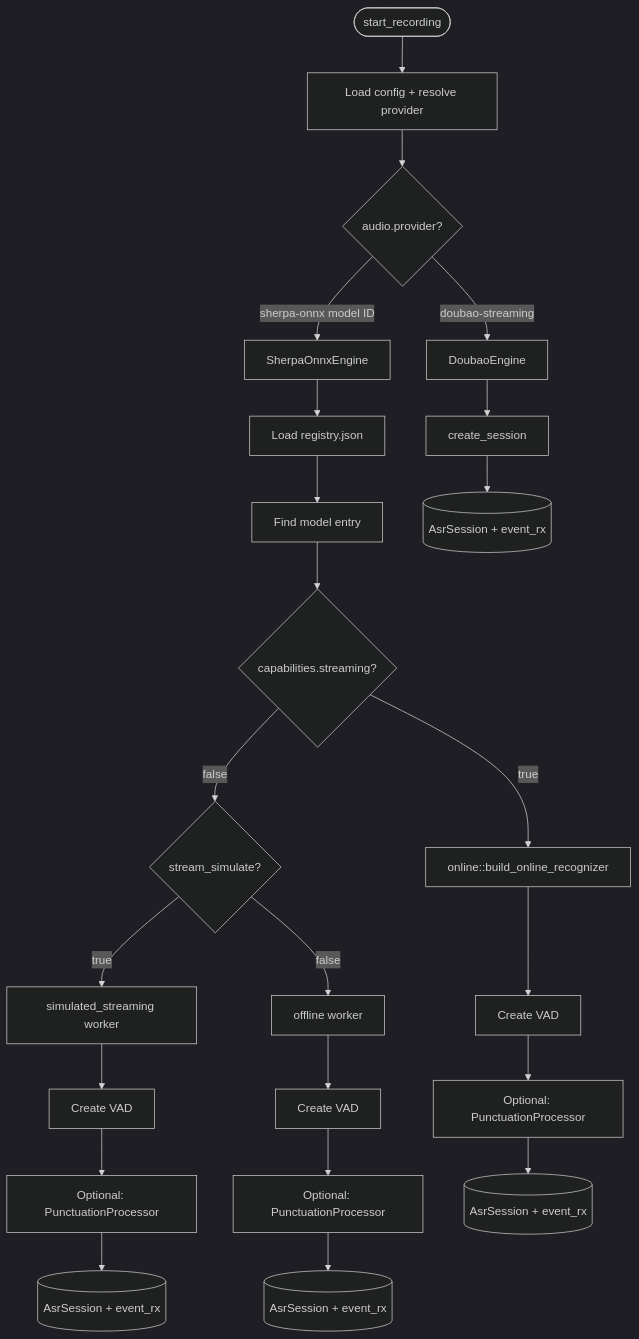
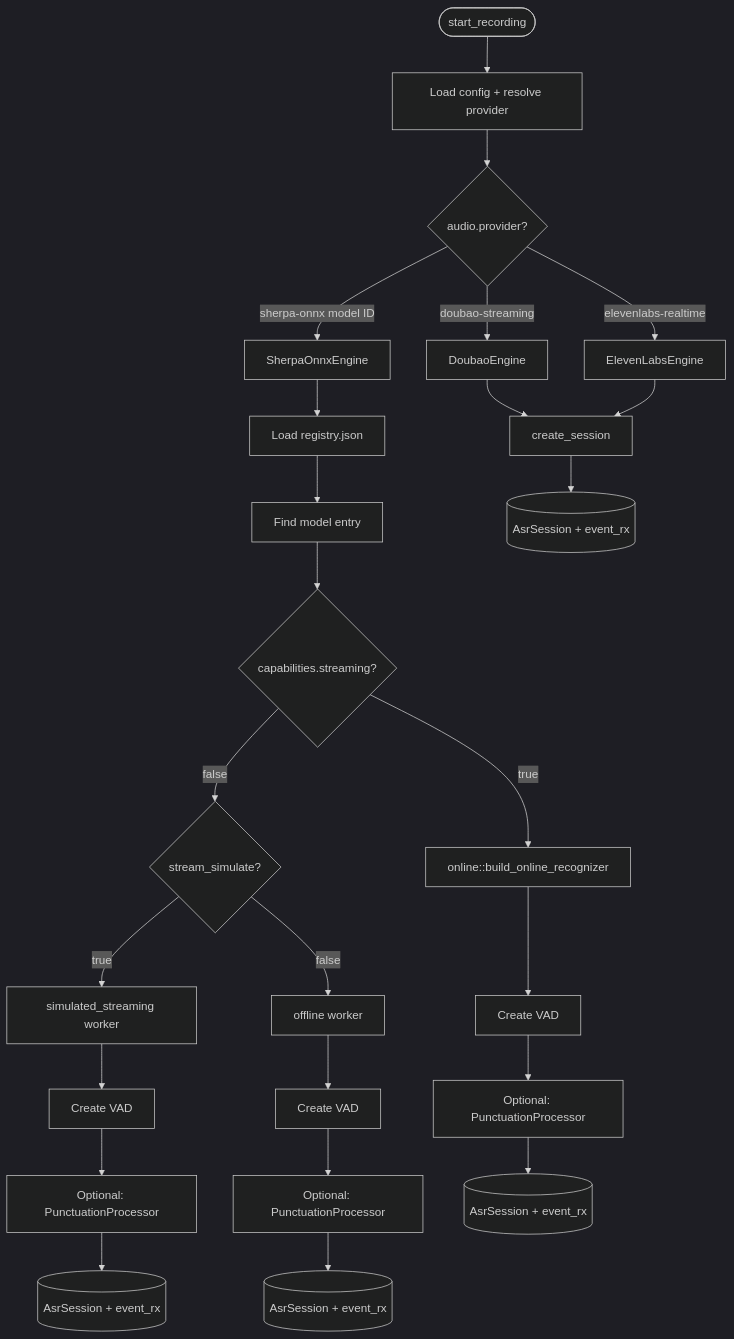
The first of 2 diagrams in docs/asr-engine.md (that-yolanda/voicepaste), drawn with Mermaid (dark theme) before and after one commit. The commit also changed other lines of this file and 13 other files, not shown here.

````diff
--- a/docs/asr-engine.md
+++ b/docs/asr-engine.md
@@ -53,33 +53,35 @@
 ```mermaid
 flowchart TD
     Start([start_recording]) --> LoadConfig[Load config + resolve provider]
     LoadConfig --> CheckProvider{audio.provider?}
 
     CheckProvider -->|doubao-streaming| Doubao[DoubaoEngine]
+    CheckProvider -->|elevenlabs-realtime| ElevenLabs[ElevenLabsEngine]
     CheckProvider -->|sherpa-onnx model ID| Sherpa[SherpaOnnxEngine]
 
     Doubao --> CreateSession1[create_session]
+    ElevenLabs --> CreateSession1
     Sherpa --> LoadRegistry[Load registry.json]
     LoadRegistry --> FindEntry[Find model entry]
     FindEntry --> CheckStreaming{capabilities.streaming?}
 
     CheckStreaming -->|true| Online[online::build_online_recognizer]
     CheckStreaming -->|false| CheckSimulate{stream_simulate?}
 
     CheckSimulate -->|true| SimStream[simulated_streaming worker]
     CheckSimulate -->|false| Offline[offline worker]
 
     Online --> VAD1[Create VAD]
     SimStream --> VAD2[Create VAD]
     Offline --> VAD3[Create VAD]
 
     VAD1 --> Punct1[Optional: PunctuationProcessor]
     VAD2 --> Punct2[Optional: PunctuationProcessor]
     VAD3 --> Punct3[Optional: PunctuationProcessor]
 
     Punct1 --> Session1[(AsrSession + event_rx)]
     Punct2 --> Session2[(AsrSession + event_rx)]
     Punct3 --> Session3[(AsrSession + event_rx)]
 
     CreateSession1 --> Session4[(AsrSession + event_rx)]
 ```
````
